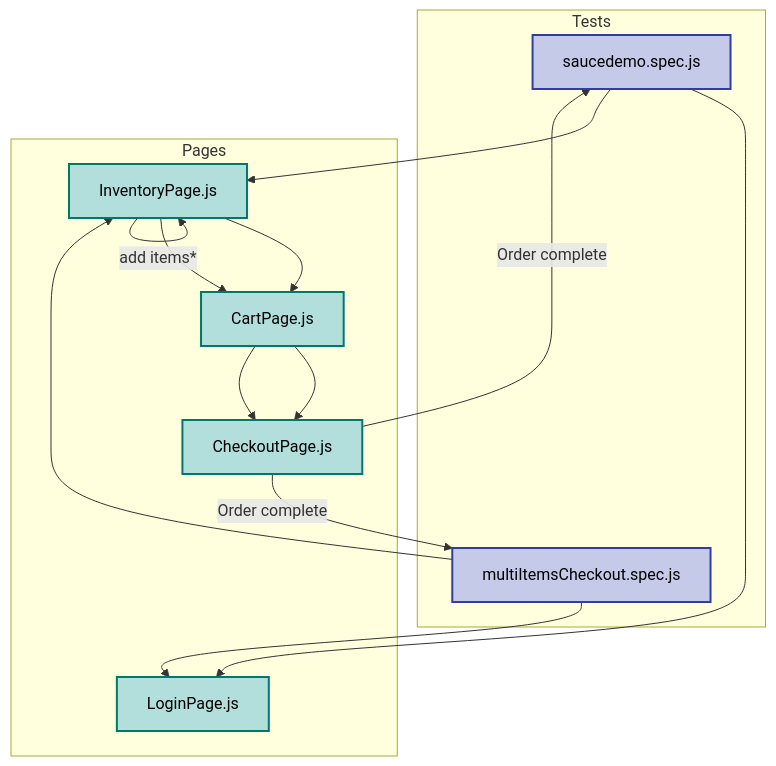
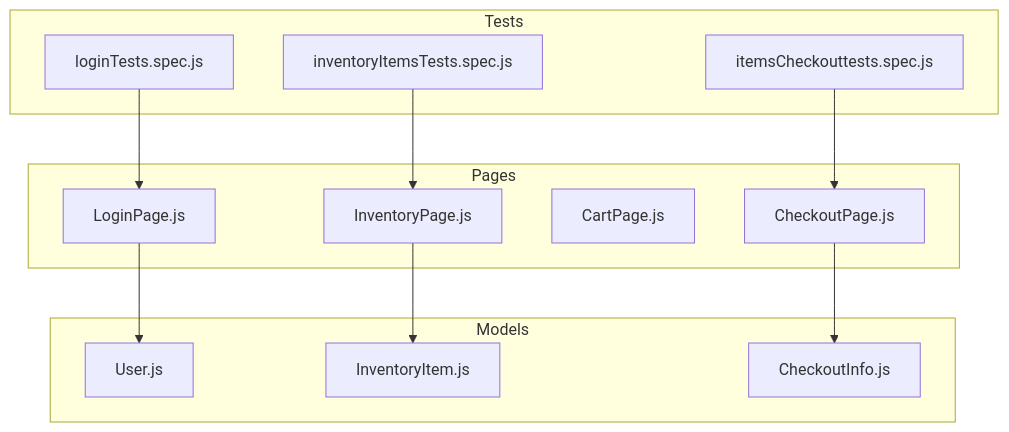
One commit to ravs788/playwrightpom changed the first of 2 diagrams in test-flow-diagram.md. Above: the diagram before and after it, drawn with Mermaid. The commit also changed other lines of this file and 1 other file, not shown here.

Commit message:
updated the docs based on latest refactroing.

````diff
--- a/test-flow-diagram.md
+++ b/test-flow-diagram.md
@@ -3,40 +3,28 @@
 ```mermaid
 flowchart TD
-    %% ==================== TEST FILES =====================
     subgraph Tests
-        SingleItemTest["saucedemo.spec.js"]
-        MultiItemTest["multiItemsCheckout.spec.js"]
+        login["loginTests.spec.js"]
+        inventory["inventoryItemsTests.spec.js"]
+        checkout["itemsCheckouttests.spec.js"]
     end
 
-    %% =================== PAGE OBJECTS ====================
     subgraph Pages
-        LoginPage["LoginPage.js"]
-        InventoryPage["InventoryPage.js"]
-        CartPage["CartPage.js"]
-        CheckoutPage["CheckoutPage.js"]
+        loginPage["LoginPage.js"]
+        inventoryPage["InventoryPage.js"]
+        cartPage["CartPage.js"]
+        checkoutPage["CheckoutPage.js"]
     end
 
-    %% ================ NAVIGATION FLOW ===================
-    %% --- Single-item checkout ---
-    SingleItemTest --> LoginPage
-    SingleItemTest --> InventoryPage
-    InventoryPage --> CartPage
-    CartPage --> CheckoutPage
-    CheckoutPage -->|Order&nbsp;complete| SingleItemTest
+    subgraph Models
+        user["User.js"]
+        inventoryItem["InventoryItem.js"]
+        checkoutInfo["CheckoutInfo.js"]
+    end
 
-    %% --- Multi-item checkout (adds loop) ---
-    MultiItemTest --> LoginPage
-    MultiItemTest --> InventoryPage
-    InventoryPage -->|add items*| InventoryPage
-    InventoryPage --> CartPage
-    CartPage --> CheckoutPage
-    CheckoutPage -->|Order&nbsp;complete| MultiItemTest
-
-    %% ====================== STYLES =======================
-    classDef test fill:#C5CAE9,stroke:#303F9F,stroke-width:2px,color:#000;
-    classDef page fill:#B2DFDB,stroke:#00796B,stroke-width:2px,color:#000;
-
-    class SingleItemTest,MultiItemTest test;
-class LoginPage,InventoryPage,CartPage,CheckoutPage page;
-
+    login --> loginPage
+    loginPage --> user
+    inventory --> inventoryPage
+    inventoryPage --> inventoryItem
+    checkout --> checkoutPage
+    checkoutPage --> checkoutInfo
 ```
````
